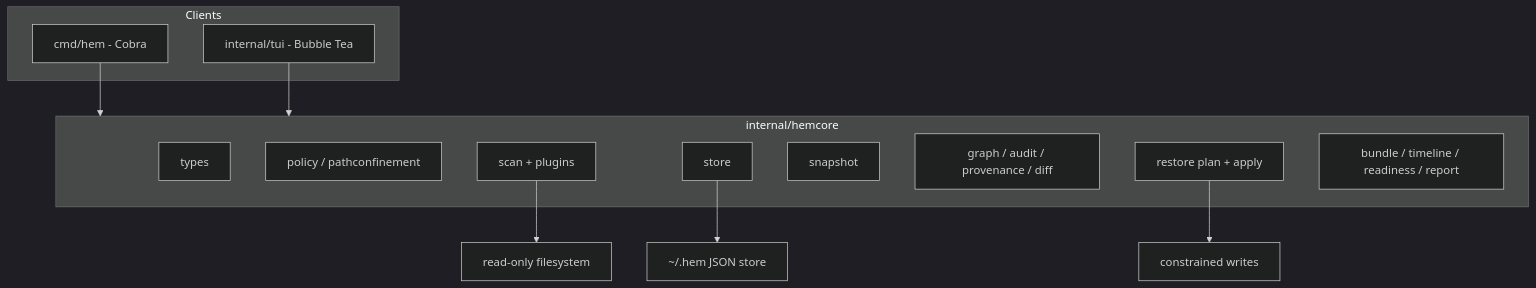
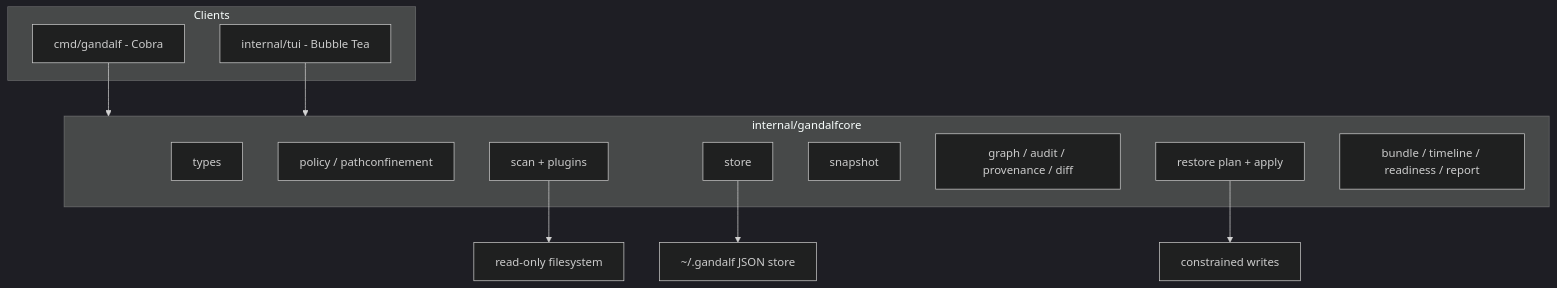
The first of 2 diagrams in docs/plans/2026-06-26-001-refactor-go-full-rewrite-plan.md (qyinm/gandalf), drawn with Mermaid (dark theme) before and after one commit. The commit also changed other lines of this file and 338 other files, not shown here.

First line of the commit message:
refactor: rename Hem to Gandalf (#10)

````diff
--- a/docs/plans/2026-06-26-001-refactor-go-full-rewrite-plan.md
+++ b/docs/plans/2026-06-26-001-refactor-go-full-rewrite-plan.md
@@ -49,24 +49,24 @@
 ```mermaid
 flowchart TB
   subgraph clients [Clients]
-    CLI[cmd/hem - Cobra]
+    CLI[cmd/gandalf - Cobra]
     TUI[internal/tui - Bubble Tea]
   end
 
-  subgraph engine [internal/hemcore]
+  subgraph engine [internal/gandalfcore]
     TYPES[types]
     POLICY[policy / pathconfinement]
     SCAN[scan + plugins]
     STORE[store]
     SNAP[snapshot]
     ANALYSIS[graph / audit / provenance / diff]
     RESTORE[restore plan + apply]
     EXT[bundle / timeline / readiness / report]
   end
 
   CLI --> engine
   TUI --> engine
-  STORE --> DISK["~/.hem JSON store"]
+  STORE --> DISK["~/.gandalf JSON store"]
   SCAN --> FS["read-only filesystem"]
   RESTORE --> FS2["constrained writes"]
 ```
````
